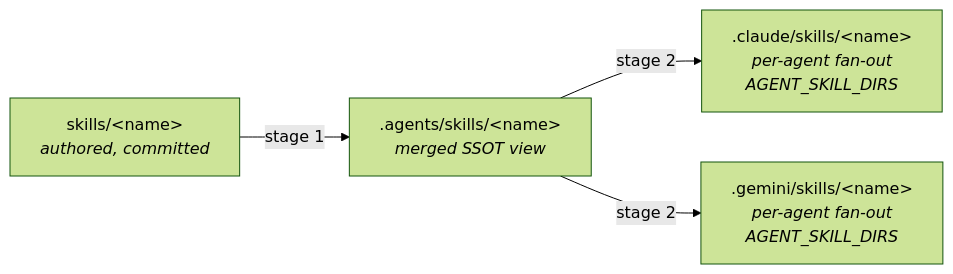
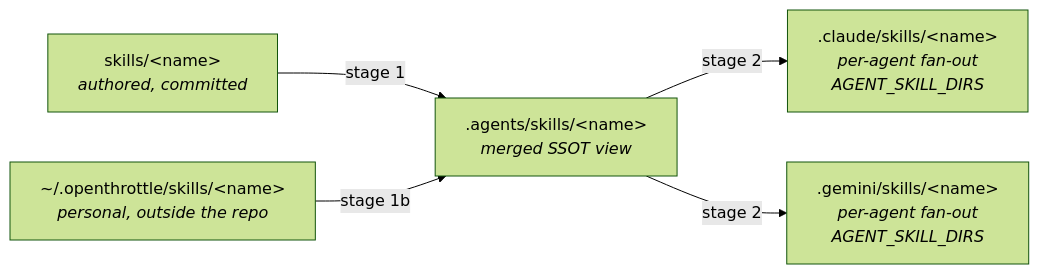
The diagram in skills/ot-skill-sync/README.md (OpenThrottle/monorepo), drawn with Mermaid (forest theme) before and after one commit. The commit also changed other lines of this file and 34 other files, not shown here.

````diff
--- a/skills/ot-skill-sync/README.md
+++ b/skills/ot-skill-sync/README.md
@@ -11,9 +11,11 @@
 ```mermaid
 flowchart LR
   A["skills/&lt;name&gt;<br/><i>authored, committed</i>"]
+  P["~/.openthrottle/skills/&lt;name&gt;<br/><i>personal, outside the repo</i>"]
   B[".agents/skills/&lt;name&gt;<br/><i>merged SSOT view</i>"]
   C[".claude/skills/&lt;name&gt;<br/><i>per-agent fan-out<br/>AGENT_SKILL_DIRS</i>"]
   D[".gemini/skills/&lt;name&gt;<br/><i>per-agent fan-out<br/>AGENT_SKILL_DIRS</i>"]
   A -->|stage 1| B -->|stage 2| C
+  P -->|stage 1b| B
   B -->|stage 2| D
 ```
````
